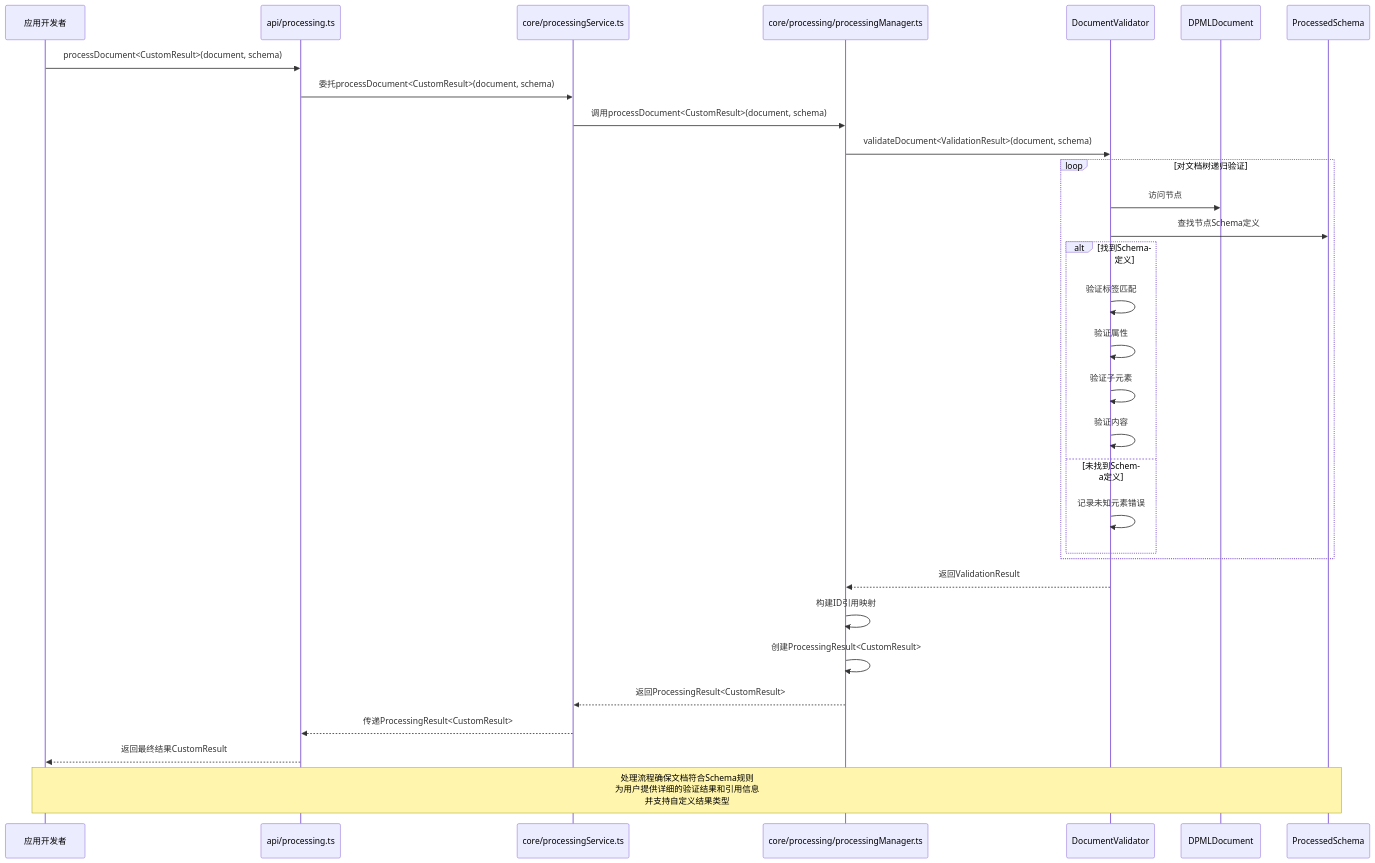
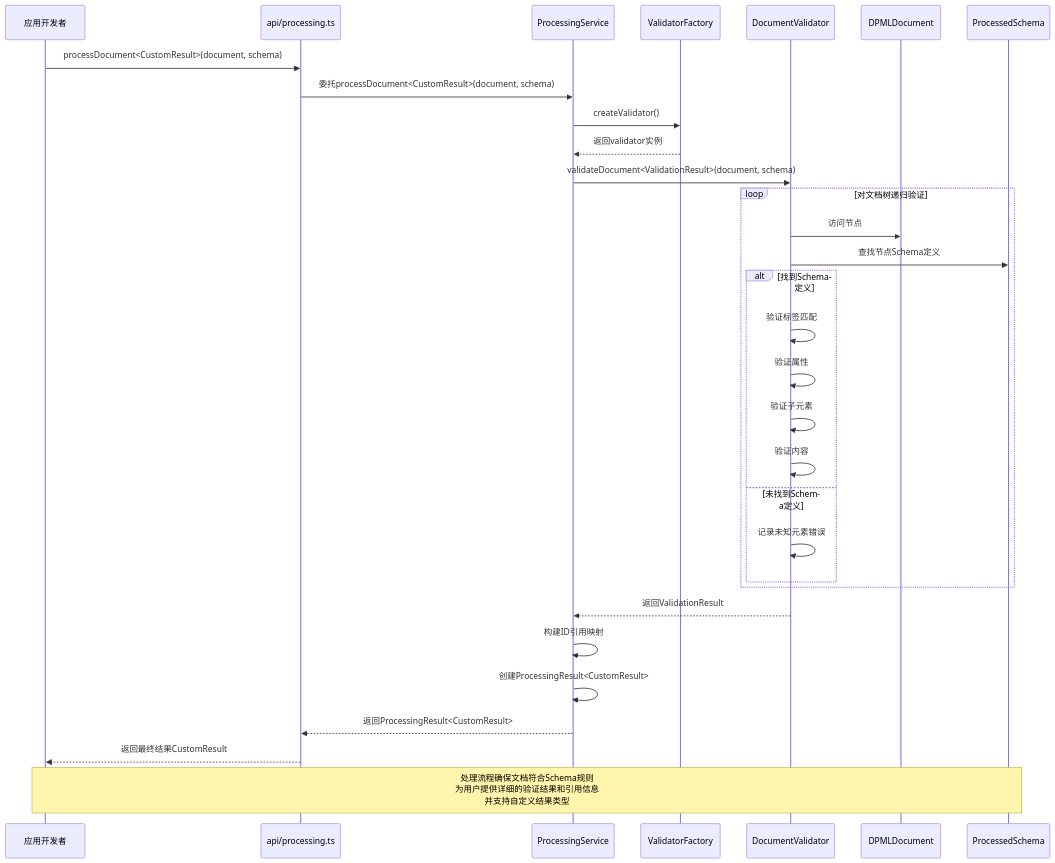
One commit to Deepractice/DPML changed the seventh of 7 diagrams in packages/core/docs/product/Processing-Design.md. Above: the diagram before and after it, drawn with Mermaid. The commit also changed other lines of this file and 23 other files, not shown here.

````diff
--- a/packages/core/docs/product/Processing-Design.md
+++ b/packages/core/docs/product/Processing-Design.md
@@ -237,41 +243,42 @@
 ```mermaid
 sequenceDiagram
     participant User as 应用开发者
     participant API as api/processing.ts
-    participant Service as core/processingService.ts
-    participant Manager as core/processing/processingManager.ts
+    participant Service as ProcessingService
+    participant Factory as ValidatorFactory
     participant Validator as DocumentValidator
     participant DPMLDoc as DPMLDocument
     participant SchemaObj as ProcessedSchema
 
     User->>API: processDocument<CustomResult>(document, schema)
     API->>Service: 委托processDocument<CustomResult>(document, schema)
-    Service->>Manager: 调用processDocument<CustomResult>(document, schema)
     
-    Manager->>Validator: validateDocument<ValidationResult>(document, schema)
+    Service->>Factory: createValidator()
+    Factory-->>Service: 返回validator实例
+    
+    Service->>Validator: validateDocument<ValidationResult>(document, schema)
     
     loop 对文档树递归验证
         Validator->>DPMLDoc: 访问节点
         Validator->>SchemaObj: 查找节点Schema定义
         
         alt 找到Schema定义
             Validator->>Validator: 验证标签匹配
             Validator->>Validator: 验证属性
             Validator->>Validator: 验证子元素
             Validator->>Validator: 验证内容
         else 未找到Schema定义
             Validator->>Validator: 记录未知元素错误
         end
     end
     
-    Validator-->>Manager: 返回ValidationResult
+    Validator-->>Service: 返回ValidationResult
     
-    Manager->>Manager: 构建ID引用映射
-    Manager->>Manager: 创建ProcessingResult<CustomResult>
+    Service->>Service: 构建ID引用映射
+    Service->>Service: 创建ProcessingResult<CustomResult>
     
-    Manager-->>Service: 返回ProcessingResult<CustomResult>
-    Service-->>API: 传递ProcessingResult<CustomResult>
+    Service-->>API: 返回ProcessingResult<CustomResult>
     API-->>User: 返回最终结果CustomResult
 
     Note over User,SchemaObj: 处理流程确保文档符合Schema规则<br>为用户提供详细的验证结果和引用信息<br>并支持自定义结果类型
 ```
````
